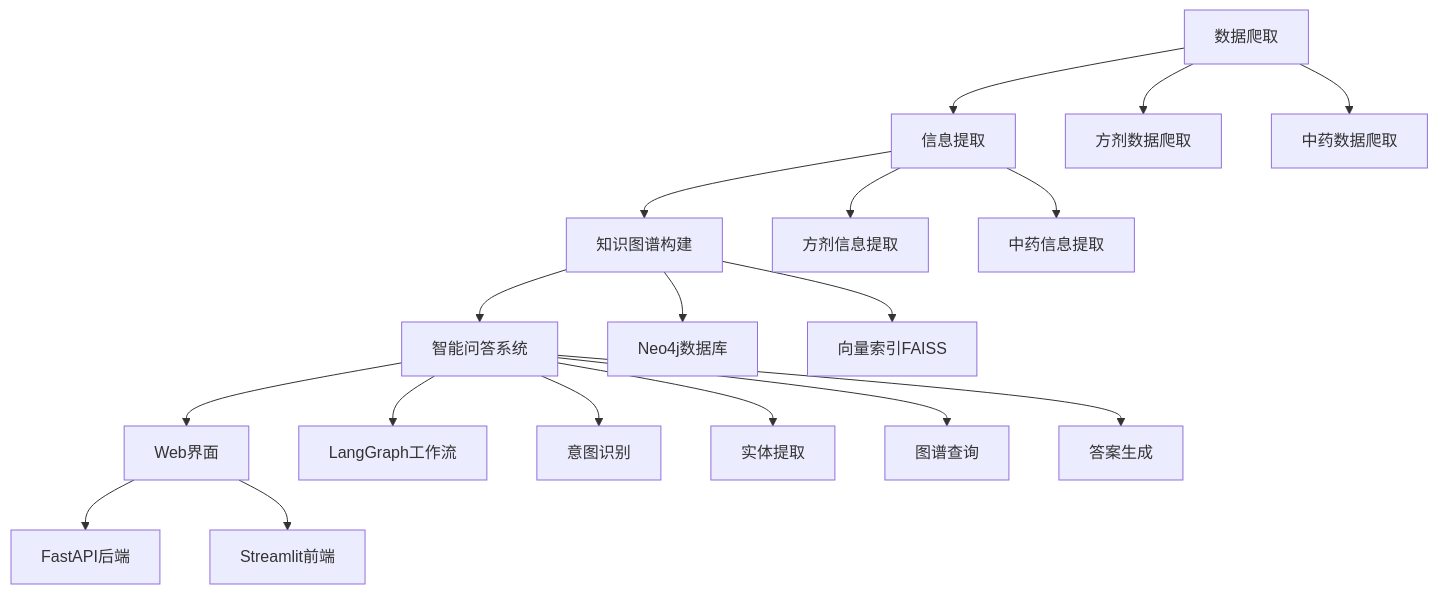
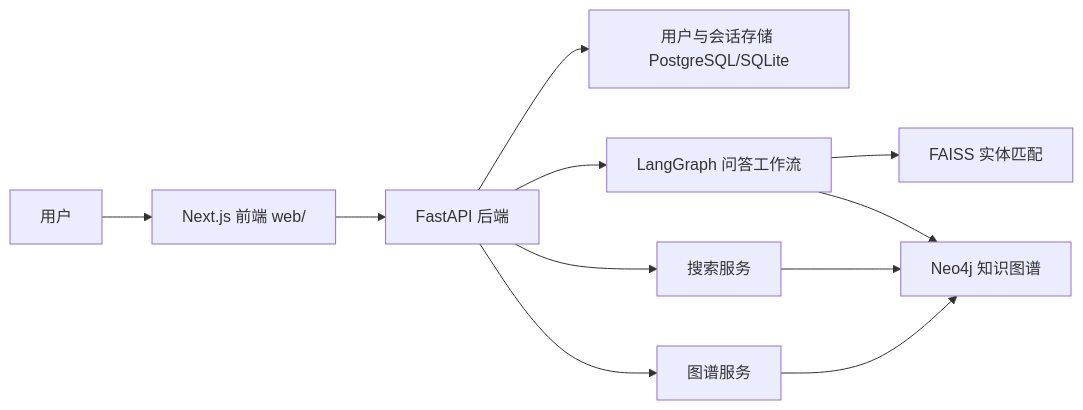
Before and after one commit to kareyjon6-lang/Medical_KG: the diagram in README.md, drawn with Mermaid. The commit also changed other lines of this file and 1 other file, not shown here.

Commit message:
Update project documentation for Next.js frontend

````diff
--- a/README.md
+++ b/README.md
@@ -9,25 +58,13 @@
 ```mermaid
-graph TD
-    A[数据爬取] --> B[信息提取]
-    B --> C[知识图谱构建]
-    C --> D[智能问答系统]
-    D --> E[Web界面]
-
-    A --> A1[方剂数据爬取]
-    A --> A2[中药数据爬取]
-
-    B --> B1[方剂信息提取]
-    B --> B2[中药信息提取]
-
-    C --> C1[Neo4j数据库]
-    C --> C2[向量索引FAISS]
-
-    D --> D1[LangGraph工作流]
-    D --> D2[意图识别]
-    D --> D3[实体提取]
-    D --> D4[图谱查询]
-    D --> D5[答案生成]
-
-    E --> E1[FastAPI后端]
-    E --> E2[Streamlit前端]
+flowchart LR
+    User[用户] --> Web[Next.js 前端 web/]
+    Web --> API[FastAPI 后端]
+    API --> Auth[用户与会话存储 PostgreSQL/SQLite]
+    API --> Workflow[LangGraph 问答工作流]
+    API --> Search[搜索服务]
+    API --> Graph[图谱服务]
+    Workflow --> FAISS[FAISS 实体匹配]
+    Workflow --> Neo4j[Neo4j 知识图谱]
+    Search --> Neo4j
+    Graph --> Neo4j
 ```
````
